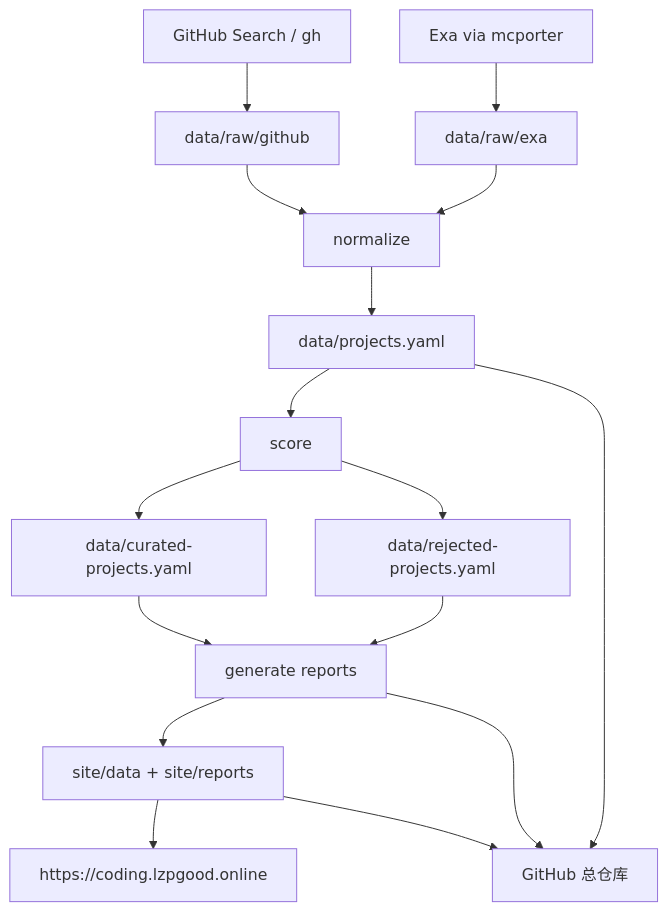
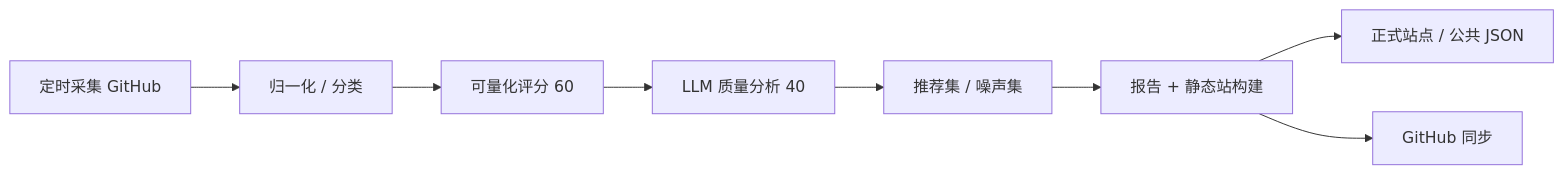
Before and after one commit to lzpgood123/search-in-coding: the diagram in README.md, drawn with Mermaid. The commit also changed other lines of this file and 155 other files, not shown here.

````diff
--- a/README.md
+++ b/README.md
@@ -118,18 +36,10 @@
 ```mermaid
-flowchart TD
-  A[GitHub Search / gh] --> R[data/raw/github]
-  B[Exa via mcporter] --> E[data/raw/exa]
-  R --> N[normalize]
-  E --> N
-  N --> P[data/projects.yaml]
-  P --> S[score]
-  S --> C[data/curated-projects.yaml]
-  S --> X[data/rejected-projects.yaml]
-  C --> G[generate reports]
-  X --> G
-  G --> Site[site/data + site/reports]
-  Site --> Deploy[https://coding.lzpgood.online]
-  P --> GitHub[GitHub 总仓库]
-  G --> GitHub
-  Site --> GitHub
+flowchart LR
+  A[定时采集 GitHub] --> B[归一化 / 分类]
+  B --> C[可量化评分 60]
+  C --> D[LLM 质量分析 40]
+  D --> E[推荐集 / 噪声集]
+  E --> F[报告 + 静态站构建]
+  F --> G[正式站点 / 公共 JSON]
+  F --> H[GitHub 同步]
 ```
````
